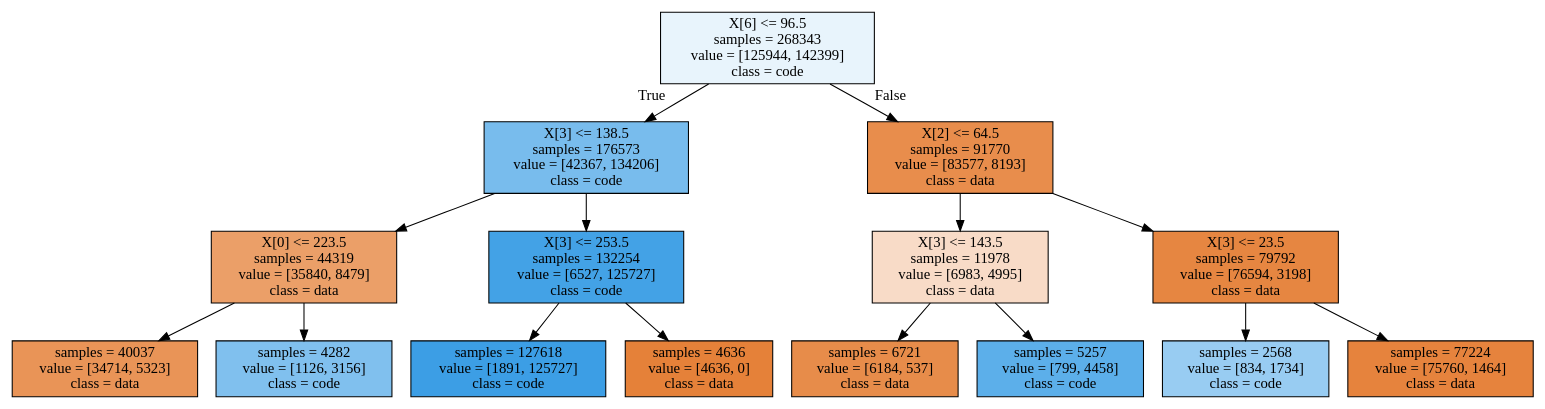
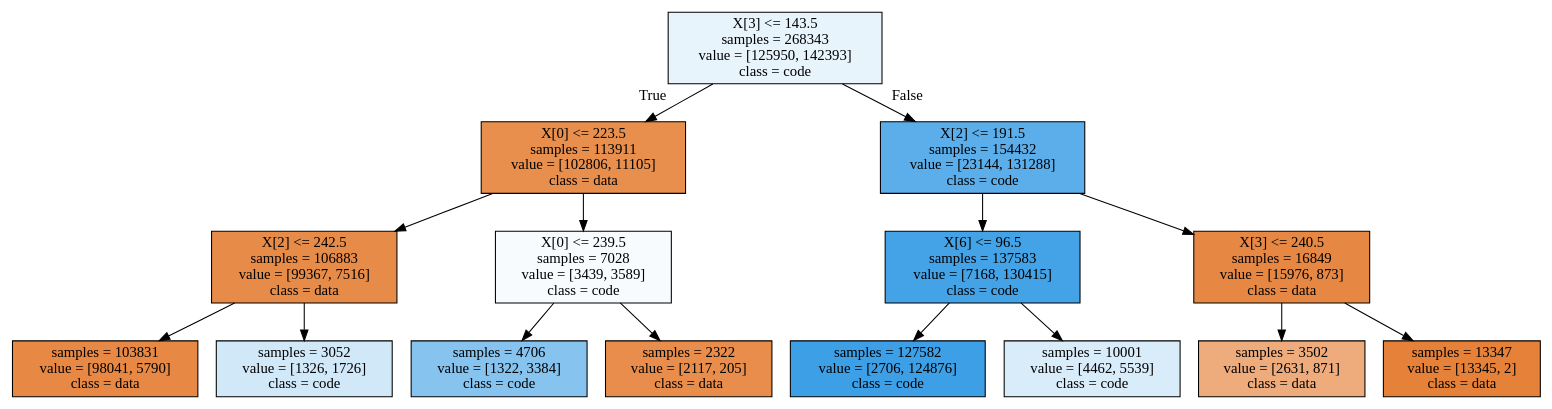
One commit to livjgovob0614/w changed the diagram in learning/dt/tree.dot. Above: the diagram before and after it, drawn with Graphviz. The commit also changed 13 other files, not shown here.

```diff
--- a/learning/dt/tree.dot
+++ b/learning/dt/tree.dot
@@ -1,32 +1,32 @@
 digraph Tree {
 node [shape=box, style="filled", color="black"] ;
-0 [label="X[6] <= 96.5\nsamples = 268343\nvalue = [125944, 142399]\nclass = code", fillcolor="#e8f4fc"] ;
-1 [label="X[3] <= 138.5\nsamples = 176573\nvalue = [42367, 134206]\nclass = code", fillcolor="#78bced"] ;
+0 [label="X[3] <= 143.5\nsamples = 268343\nvalue = [125950, 142393]\nclass = code", fillcolor="#e8f4fc"] ;
+1 [label="X[0] <= 223.5\nsamples = 113911\nvalue = [102806, 11105]\nclass = data", fillcolor="#e88f4e"] ;
 0 -> 1 [labeldistance=2.5, labelangle=45, headlabel="True"] ;
-2 [label="X[0] <= 223.5\nsamples = 44319\nvalue = [35840, 8479]\nclass = data", fillcolor="#eb9f68"] ;
+2 [label="X[2] <= 242.5\nsamples = 106883\nvalue = [99367, 7516]\nclass = data", fillcolor="#e78b48"] ;
 1 -> 2 ;
-3 [label="samples = 40037\nvalue = [34714, 5323]\nclass = data", fillcolor="#e99457"] ;
+3 [label="samples = 103831\nvalue = [98041, 5790]\nclass = data", fillcolor="#e78845"] ;
 2 -> 3 ;
-4 [label="samples = 4282\nvalue = [1126, 3156]\nclass = code", fillcolor="#80c0ee"] ;
+4 [label="samples = 3052\nvalue = [1326, 1726]\nclass = code", fillcolor="#d1e8f9"] ;
 2 -> 4 ;
-5 [label="X[3] <= 253.5\nsamples = 132254\nvalue = [6527, 125727]\nclass = code", fillcolor="#43a2e6"] ;
+5 [label="X[0] <= 239.5\nsamples = 7028\nvalue = [3439, 3589]\nclass = code", fillcolor="#f7fbfe"] ;
 1 -> 5 ;
-6 [label="samples = 127618\nvalue = [1891, 125727]\nclass = code", fillcolor="#3c9ee5"] ;
+6 [label="samples = 4706\nvalue = [1322, 3384]\nclass = code", fillcolor="#86c3ef"] ;
 5 -> 6 ;
-7 [label="samples = 4636\nvalue = [4636, 0]\nclass = data", fillcolor="#e58139"] ;
+7 [label="samples = 2322\nvalue = [2117, 205]\nclass = data", fillcolor="#e88d4c"] ;
 5 -> 7 ;
-8 [label="X[2] <= 64.5\nsamples = 91770\nvalue = [83577, 8193]\nclass = data", fillcolor="#e88d4c"] ;
+8 [label="X[2] <= 191.5\nsamples = 154432\nvalue = [23144, 131288]\nclass = code", fillcolor="#5caeea"] ;
 0 -> 8 [labeldistance=2.5, labelangle=-45, headlabel="False"] ;
-9 [label="X[3] <= 143.5\nsamples = 11978\nvalue = [6983, 4995]\nclass = data", fillcolor="#f8dbc7"] ;
+9 [label="X[6] <= 96.5\nsamples = 137583\nvalue = [7168, 130415]\nclass = code", fillcolor="#44a2e6"] ;
 8 -> 9 ;
-10 [label="samples = 6721\nvalue = [6184, 537]\nclass = data", fillcolor="#e78c4a"] ;
+10 [label="samples = 127582\nvalue = [2706, 124876]\nclass = code", fillcolor="#3d9fe6"] ;
 9 -> 10 ;
-11 [label="samples = 5257\nvalue = [799, 4458]\nclass = code", fillcolor="#5cafea"] ;
+11 [label="samples = 10001\nvalue = [4462, 5539]\nclass = code", fillcolor="#d9ecfa"] ;
 9 -> 11 ;
-12 [label="X[3] <= 23.5\nsamples = 79792\nvalue = [76594, 3198]\nclass = data", fillcolor="#e68641"] ;
+12 [label="X[3] <= 240.5\nsamples = 16849\nvalue = [15976, 873]\nclass = data", fillcolor="#e68844"] ;
 8 -> 12 ;
-13 [label="samples = 2568\nvalue = [834, 1734]\nclass = code", fillcolor="#98ccf2"] ;
+13 [label="samples = 3502\nvalue = [2631, 871]\nclass = data", fillcolor="#eeab7b"] ;
 12 -> 13 ;
-14 [label="samples = 77224\nvalue = [75760, 1464]\nclass = data", fillcolor="#e6833d"] ;
+14 [label="samples = 13347\nvalue = [13345, 2]\nclass = data", fillcolor="#e58139"] ;
 12 -> 14 ;
 }
```
